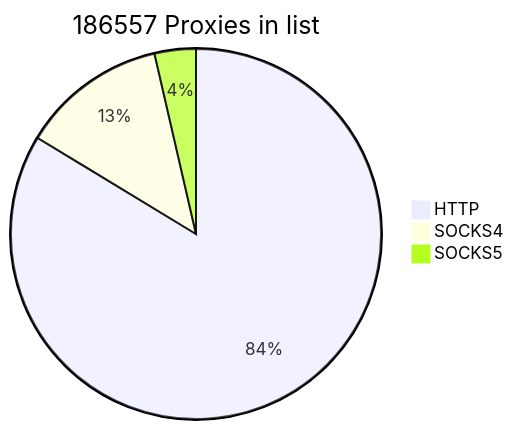
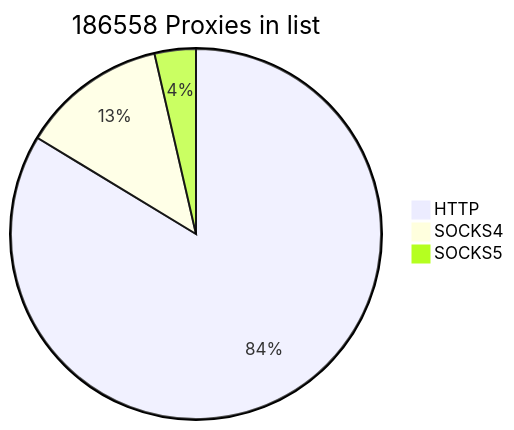
The first of 2 diagrams in README.md (cutipu/proxylist), drawn with Mermaid before and after one commit. The commit also changed other lines of this file, not shown here.

````diff
--- a/README.md
+++ b/README.md
@@ -2,7 +2,7 @@
 ```mermaid
-pie title 186557 Proxies in list
-    "HTTP" : 156111
+pie title 186558 Proxies in list
+    "HTTP" : 156112
     "SOCKS4" : 23723
     "SOCKS5" : 6723
             
 ```
````
